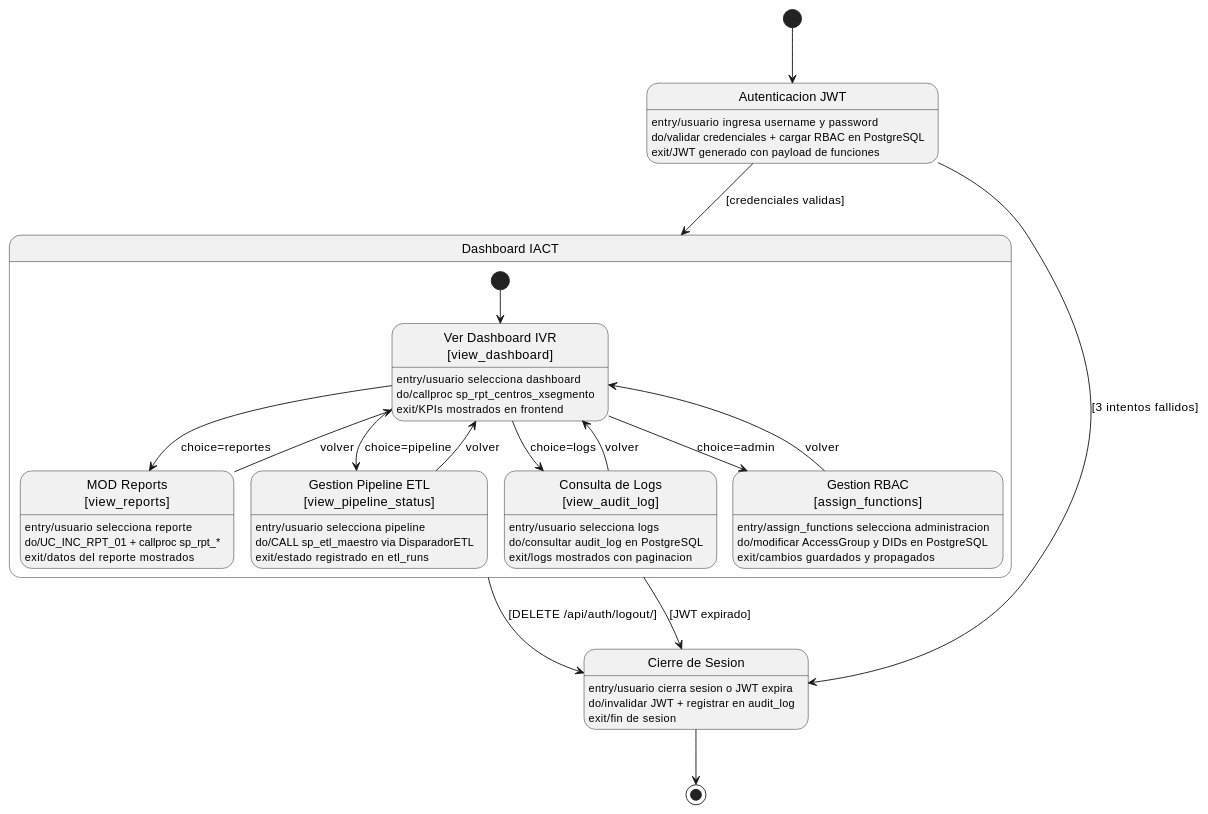
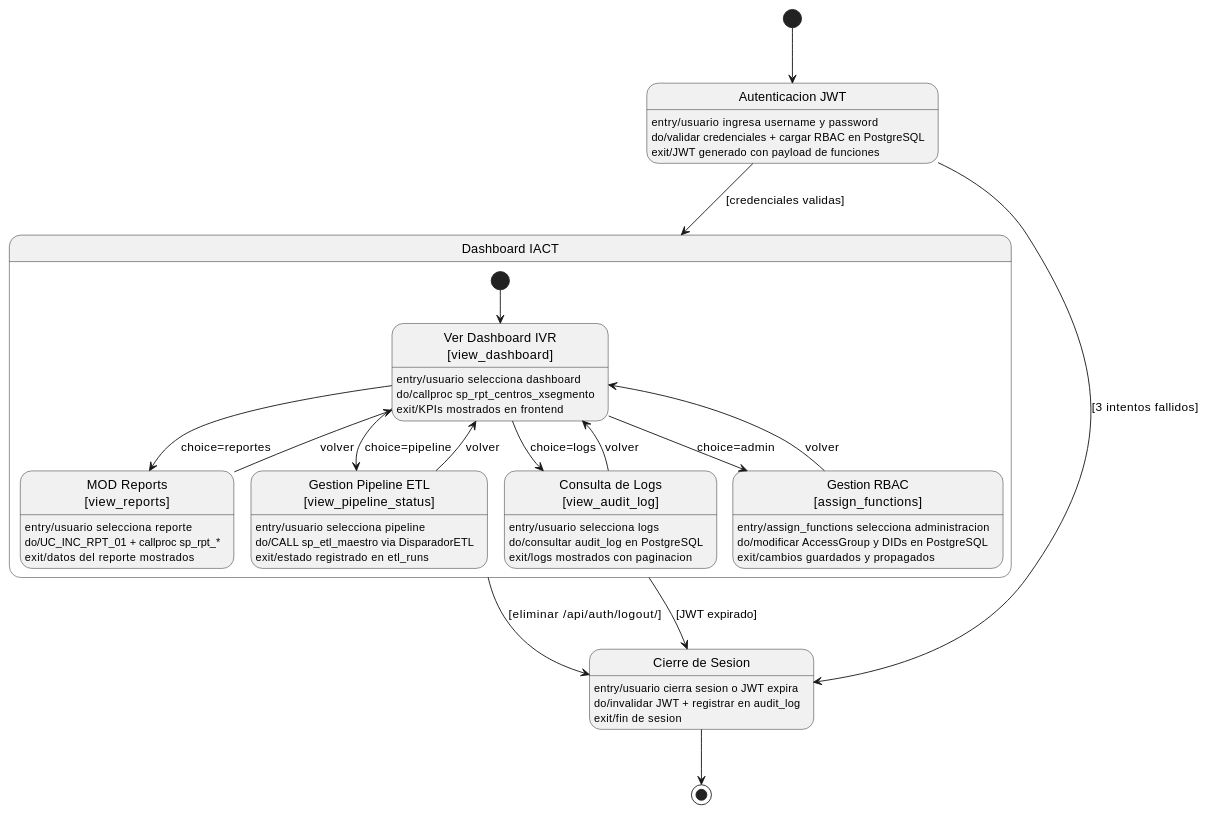
One commit to jcg-admin/IACT-docs changed the diagram in source/arquitectura-tecnica/UMLSystemView/maquina-estados.rst. Above: the diagram before and after it, drawn with PlantUML. The commit also changed 48 other files, not shown here.

```diff
--- a/source/arquitectura-tecnica/UMLSystemView/maquina-estados.rst
+++ b/source/arquitectura-tecnica/UMLSystemView/maquina-estados.rst
@@ -29,61 +29,61 @@
 .. uml::
  :caption: Figura 8 — Diagrama de maquina de estados (sesion IACT)
 
  @startuml
 
  state "Autenticacion JWT" as AUTH
  AUTH : entry/usuario ingresa username y password
  AUTH : do/validar credenciales + cargar RBAC en PostgreSQL
  AUTH : exit/JWT generado con payload de funciones
 
  state "Dashboard IACT" as DASH {
    state "Ver Dashboard IVR\n[view_dashboard]" as S_DASH
    state "MOD Reports\n[view_reports]" as S_RPT
    state "Gestion Pipeline ETL\n[view_pipeline_status]" as S_ETL
    state "Consulta de Logs\n[view_audit_log]" as S_LOG
    state "Gestion RBAC\n[assign_functions]" as S_RBAC
 
    S_DASH : entry/usuario selecciona dashboard
    S_DASH : do/callproc sp_rpt_centros_xsegmento
    S_DASH : exit/KPIs mostrados en frontend
 
    S_RPT : entry/usuario selecciona reporte
    S_RPT : do/UC_INC_RPT_01 + callproc sp_rpt_*
    S_RPT : exit/datos del reporte mostrados
 
    S_ETL : entry/usuario selecciona pipeline
    S_ETL : do/CALL sp_etl_maestro via DisparadorETL
    S_ETL : exit/estado registrado en etl_runs
 
    S_LOG : entry/usuario selecciona logs
    S_LOG : do/consultar audit_log en PostgreSQL
    S_LOG : exit/logs mostrados con paginacion
 
    S_RBAC : entry/assign_functions selecciona administracion
    S_RBAC : do/modificar AccessGroup y DIDs en PostgreSQL
    S_RBAC : exit/cambios guardados y propagados
 
    [*] --> S_DASH
    S_DASH --> S_RPT : choice=reportes
    S_DASH --> S_ETL : choice=pipeline
    S_DASH --> S_LOG : choice=logs
    S_DASH --> S_RBAC : choice=admin
    S_RPT --> S_DASH : volver
    S_ETL --> S_DASH : volver
    S_LOG --> S_DASH : volver
    S_RBAC --> S_DASH : volver
  }
 
  state "Cierre de Sesion" as FINAL
  FINAL : entry/usuario cierra sesion o JWT expira
  FINAL : do/invalidar JWT + registrar en audit_log
  FINAL : exit/fin de sesion
 
  [*] --> AUTH
  AUTH --> DASH : [credenciales validas]
  AUTH --> FINAL : [3 intentos fallidos]
- DASH --> FINAL : [DELETE /api/auth/logout/]
+ DASH --> FINAL : [eliminar /api/auth/logout/]
  DASH --> FINAL : [JWT expirado]
  FINAL --> [*]
 
  @enduml
```
